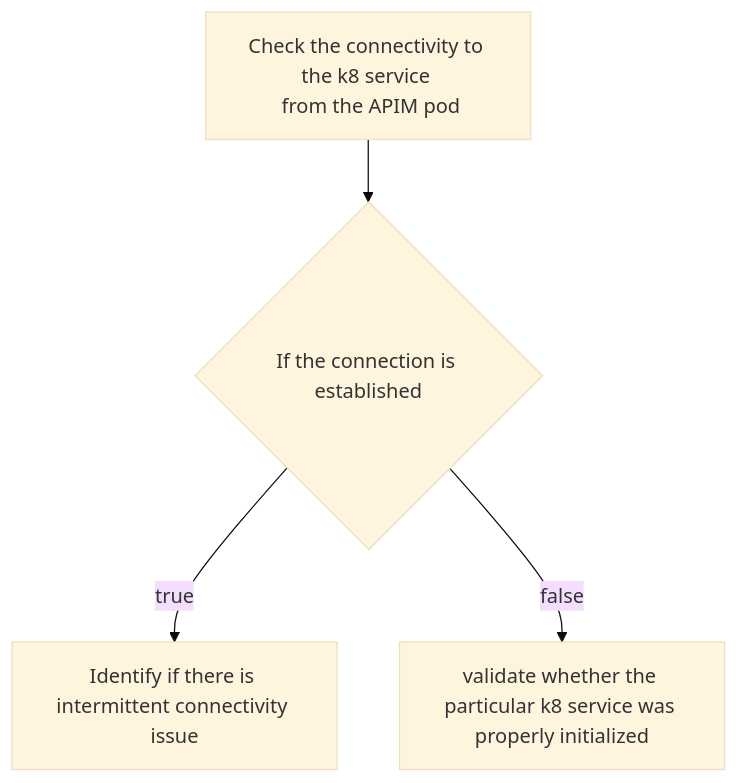
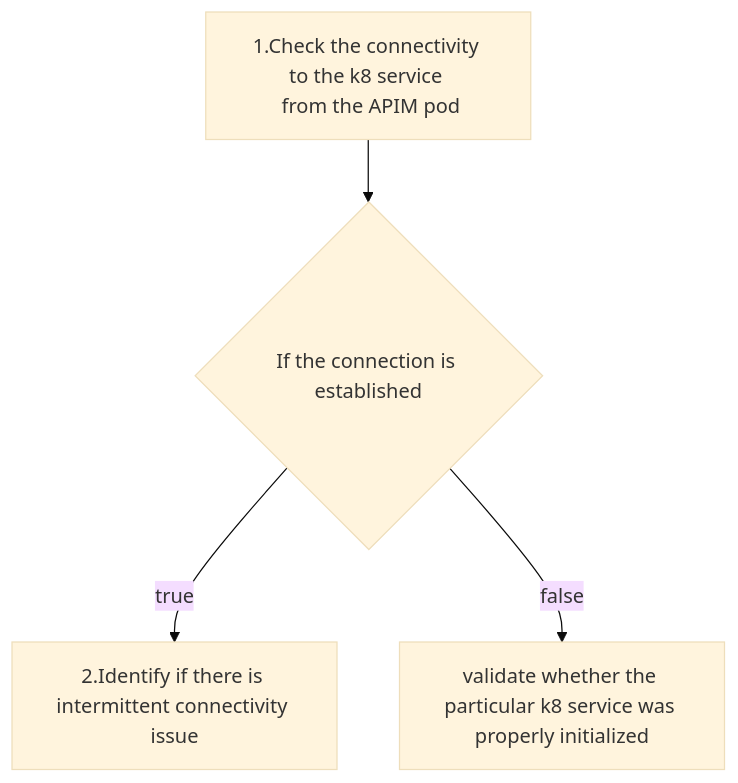
Before and after one commit to cbabey/Kubernetes-apim-deployment-support: the diagram in Troubleshooting-apim-k8-deployment-Issues/Connectivity-issues/README.md, drawn with Mermaid (base theme). The commit also changed other lines of this file, not shown here.

````diff
--- a/Troubleshooting-apim-k8-deployment-Issues/Connectivity-issues/README.md
+++ b/Troubleshooting-apim-k8-deployment-Issues/Connectivity-issues/README.md
@@ -12,7 +15,7 @@
 ```mermaid
 graph TD
-    B[Check the connectivity to the k8 service <br /> from the APIM pod] --> C{If the connection is established}
-    C -->|true| D[Identify if there is intermittent connectivity issue]
+    B[1.Check the connectivity to the k8 service <br /> from the APIM pod] --> C{If the connection is established}
+    C -->|true| D[2.Identify if there is intermittent connectivity issue]
     C -->|false| E[validate whether the particular k8 service was properly initialized]
     click B "http://www.github.com" "This is a link"
 ```
````
